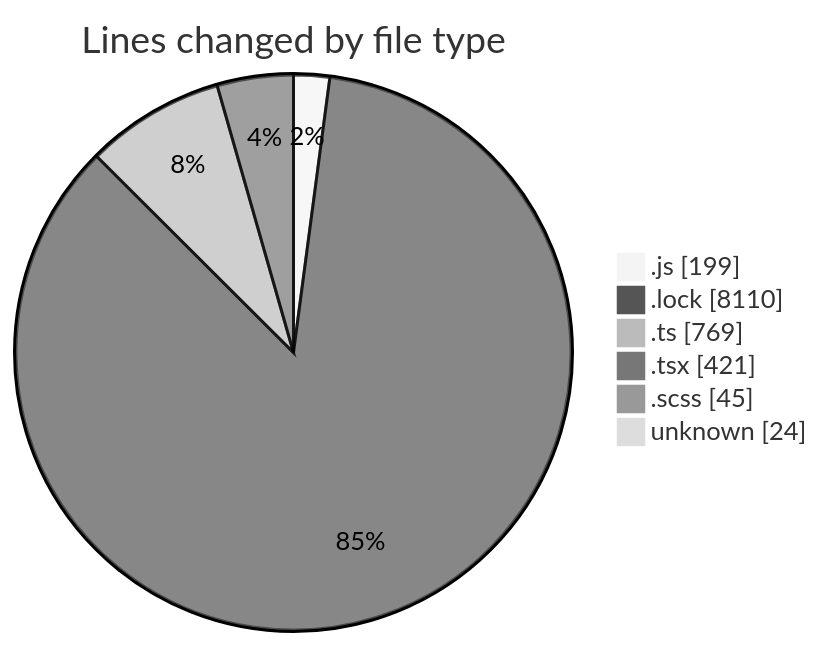
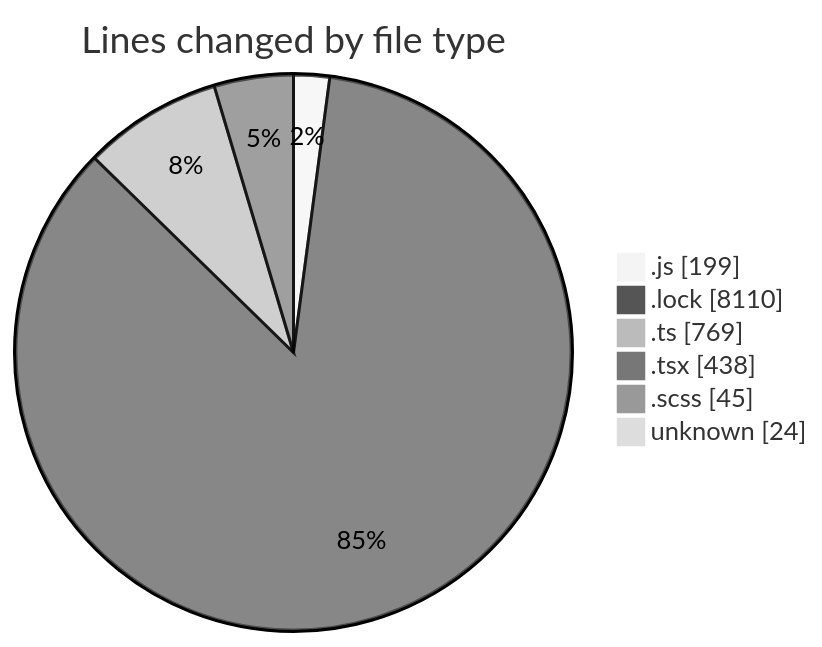
The first of 2 diagrams in 2025-02-07/cda/README.md (momahboobian/code-tracking), drawn with Mermaid (neutral theme) before and after one commit. The commit also changed other lines of this file and 1 other file, not shown here.

````diff
--- a/2025-02-07/cda/README.md
+++ b/2025-02-07/cda/README.md
@@ -48,10 +48,10 @@
 ```mermaid
 pie showData
 title Lines changed by file type
 ".js" : 199
 ".lock" : 8110
 ".ts" : 769
-".tsx" : 421
+".tsx" : 438
 ".scss" : 45
 "unknown" : 24
 ```
````
